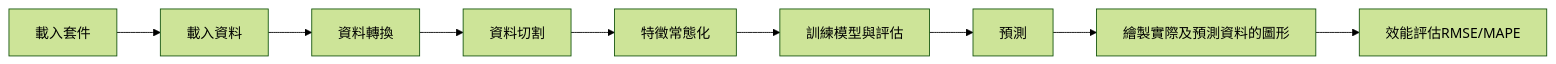
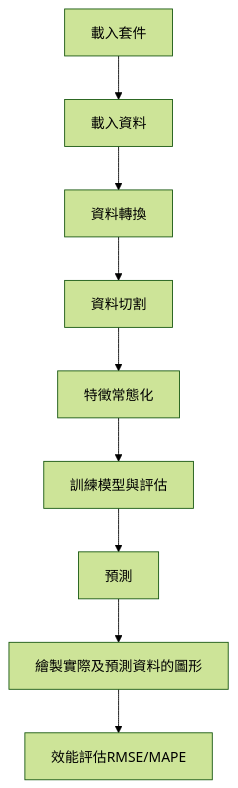
The diagram in README.md (Ruby-Chu/raw_material_forecasting), drawn with Mermaid (forest theme) before and after one commit.

````diff
--- a/README.md
+++ b/README.md
@@ -3,4 +3,4 @@
 ``` mermaid
-graph LR;
+graph TB;
 	1[載入套件] --> 2[載入資料] --> 3[資料轉換] --> 4[資料切割] --> 5[特徵常態化] --> 6[訓練模型與評估] --> 7[預測] --> 8[繪製實際及預測資料的圖形] --> 9[效能評估RMSE/MAPE];
 ```
````
